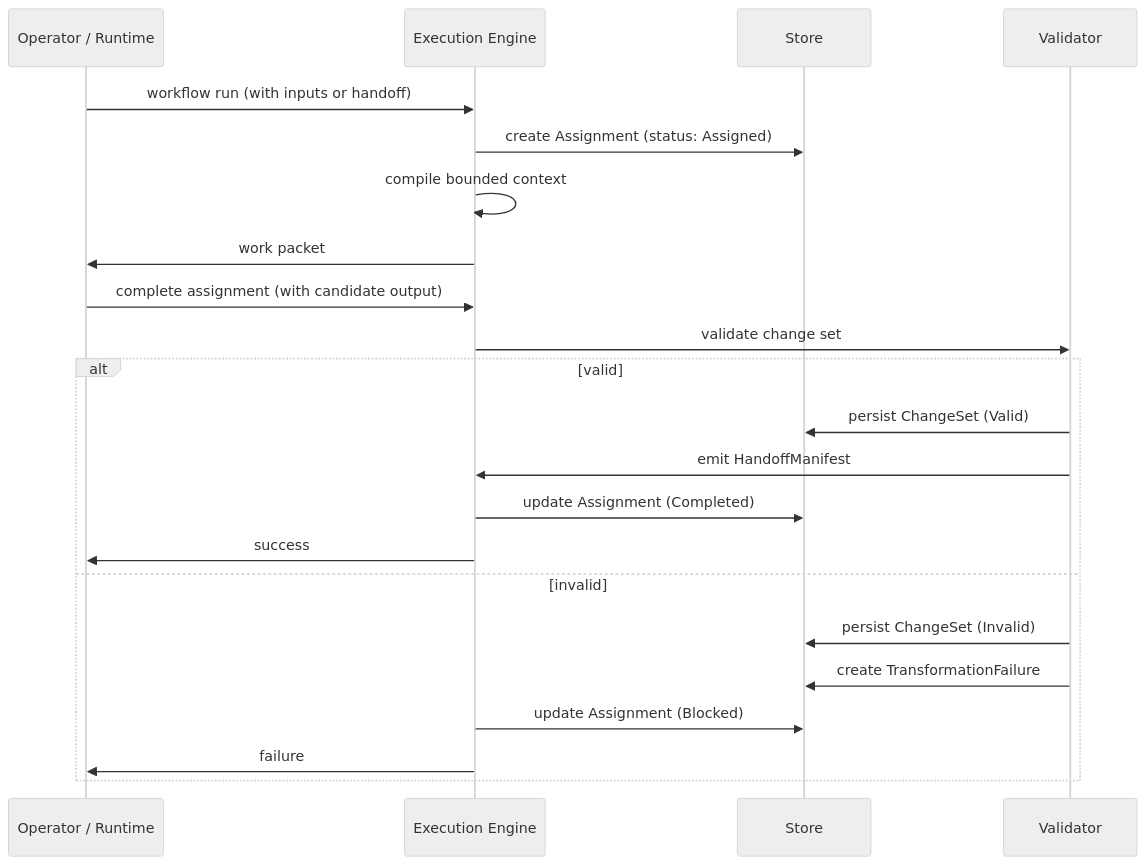
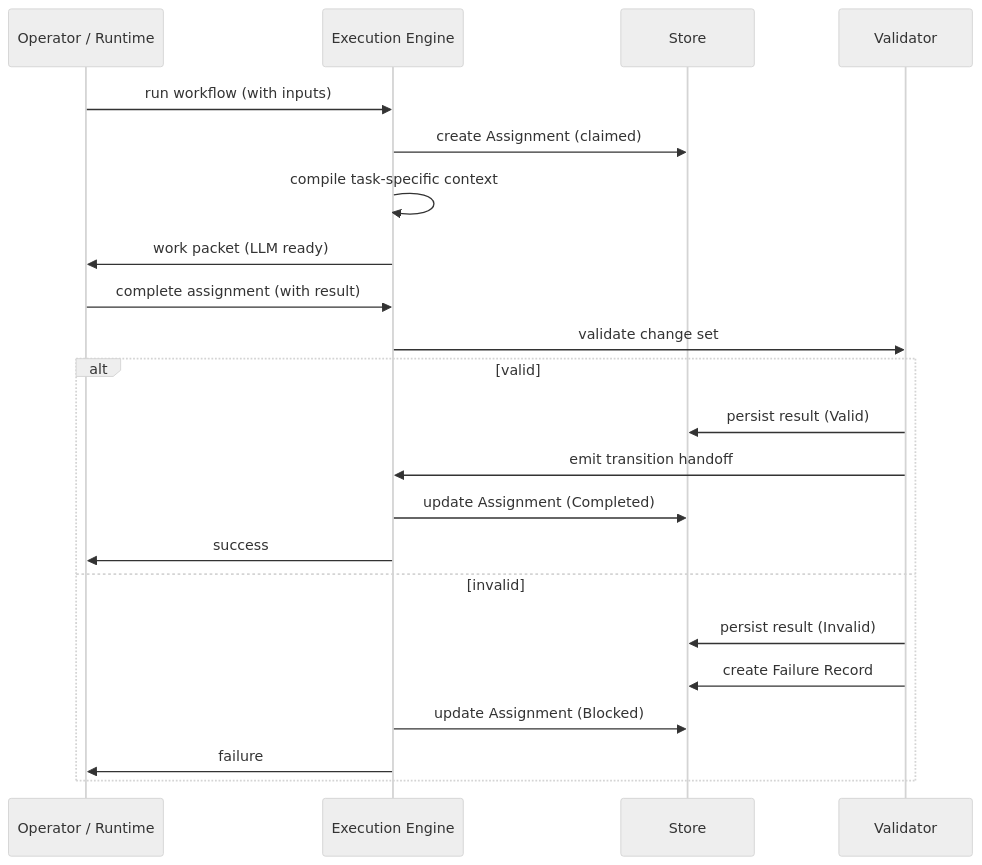
One commit to Mikhail-Shakhnazarov/earmark-kernel changed the diagram in docs/concepts/staged-execution.md. Above: the diagram before and after it, drawn with Mermaid (neutral theme). The commit also changed other lines of this file and 26 other files, not shown here.

````diff
--- a/docs/concepts/staged-execution.md
+++ b/docs/concepts/staged-execution.md
@@ -11,25 +11,25 @@
 ```mermaid
 sequenceDiagram
     participant O as Operator / Runtime
     participant E as Execution Engine
     participant S as Store
     participant V as Validator
 
-    O->>E: workflow run (with inputs or handoff)
-    E->>S: create Assignment (status: Assigned)
-    E->>E: compile bounded context
-    E->>O: work packet
-    O->>E: complete assignment (with candidate output)
+    O->>E: run workflow (with inputs)
+    E->>S: create Assignment (claimed)
+    E->>E: compile task-specific context
+    E->>O: work packet (LLM ready)
+    O->>E: complete assignment (with result)
     E->>V: validate change set
     alt valid
-        V->>S: persist ChangeSet (Valid)
-        V->>E: emit HandoffManifest
+        V->>S: persist result (Valid)
+        V->>E: emit transition handoff
         E->>S: update Assignment (Completed)
         E->>O: success
     else invalid
-        V->>S: persist ChangeSet (Invalid)
-        V->>S: create TransformationFailure
+        V->>S: persist result (Invalid)
+        V->>S: create Failure Record
         E->>S: update Assignment (Blocked)
         E->>O: failure
     end
 ```
````
